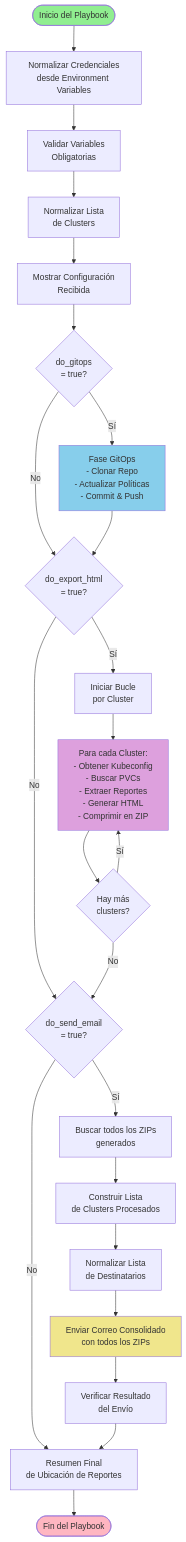
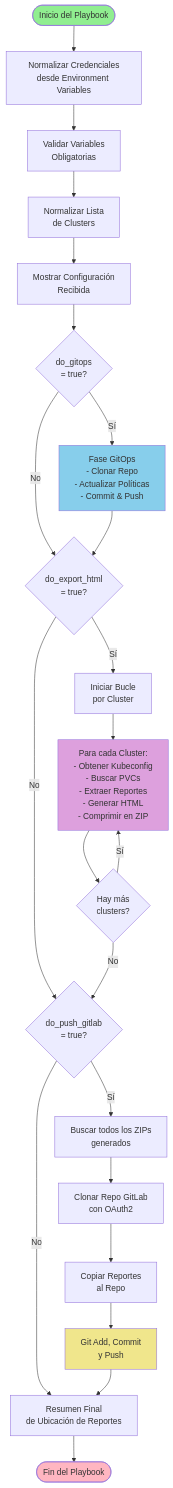
The diagram in README.md (Snakerrrr/ansible-ocp-compliance), drawn with Mermaid before and after one commit. The commit also changed other lines of this file, not shown here.

Commit message:
actualización read.me con configuración nueva aplicada

````diff
--- a/README.md
+++ b/README.md
@@ -250,37 +271,36 @@
 ```mermaid
 flowchart TD
     Start([Inicio del Playbook]) --> Normalize[Normalizar Credenciales<br/>desde Environment Variables]
     Normalize --> Validate[Validar Variables<br/>Obligatorias]
     Validate --> NormalizeData[Normalizar Lista<br/>de Clusters]
     NormalizeData --> Debug[Mostrar Configuración<br/>Recibida]
     
     Debug --> CheckGitOps{do_gitops<br/>= true?}
     CheckGitOps -->|Sí| GitOps[Fase GitOps<br/>- Clonar Repo<br/>- Actualizar Políticas<br/>- Commit & Push]
     CheckGitOps -->|No| CheckExport
     GitOps --> CheckExport{do_export_html<br/>= true?}
     
     CheckExport -->|Sí| LoopStart[Iniciar Bucle<br/>por Cluster]
-    CheckExport -->|No| CheckEmail
+    CheckExport -->|No| CheckGitLab
     
     LoopStart --> ForEach[Para cada Cluster:<br/>- Obtener Kubeconfig<br/>- Buscar PVCs<br/>- Extraer Reportes<br/>- Generar HTML<br/>- Comprimir en ZIP]
     ForEach --> NextCluster{Hay más<br/>clusters?}
     NextCluster -->|Sí| ForEach
-    NextCluster -->|No| CheckEmail
+    NextCluster -->|No| CheckGitLab
     
-    CheckEmail{do_send_email<br/>= true?}
-    CheckEmail -->|Sí| FindZips[Buscar todos los ZIPs<br/>generados]
-    CheckEmail -->|No| Summary
-    FindZips --> BuildList[Construir Lista<br/>de Clusters Procesados]
-    BuildList --> NormalizeEmail[Normalizar Lista<br/>de Destinatarios]
-    NormalizeEmail --> SendEmail[Enviar Correo Consolidado<br/>con todos los ZIPs]
-    SendEmail --> VerifyEmail[Verificar Resultado<br/>del Envío]
-    VerifyEmail --> Summary
+    CheckGitLab{do_push_gitlab<br/>= true?}
+    CheckGitLab -->|Sí| FindZips[Buscar todos los ZIPs<br/>generados]
+    CheckGitLab -->|No| Summary
+    FindZips --> CloneRepo[Clonar Repo GitLab<br/>con OAuth2]
+    CloneRepo --> CopyReports[Copiar Reportes<br/>al Repo]
+    CopyReports --> GitCommit[Git Add, Commit<br/>y Push]
+    GitCommit --> Summary
     
     Summary[Resumen Final<br/>de Ubicación de Reportes] --> End([Fin del Playbook])
     
     style Start fill:#90EE90
     style End fill:#FFB6C1
     style GitOps fill:#87CEEB
     style ForEach fill:#DDA0DD
-    style SendEmail fill:#F0E68C
+    style GitCommit fill:#F0E68C
 ```
````
